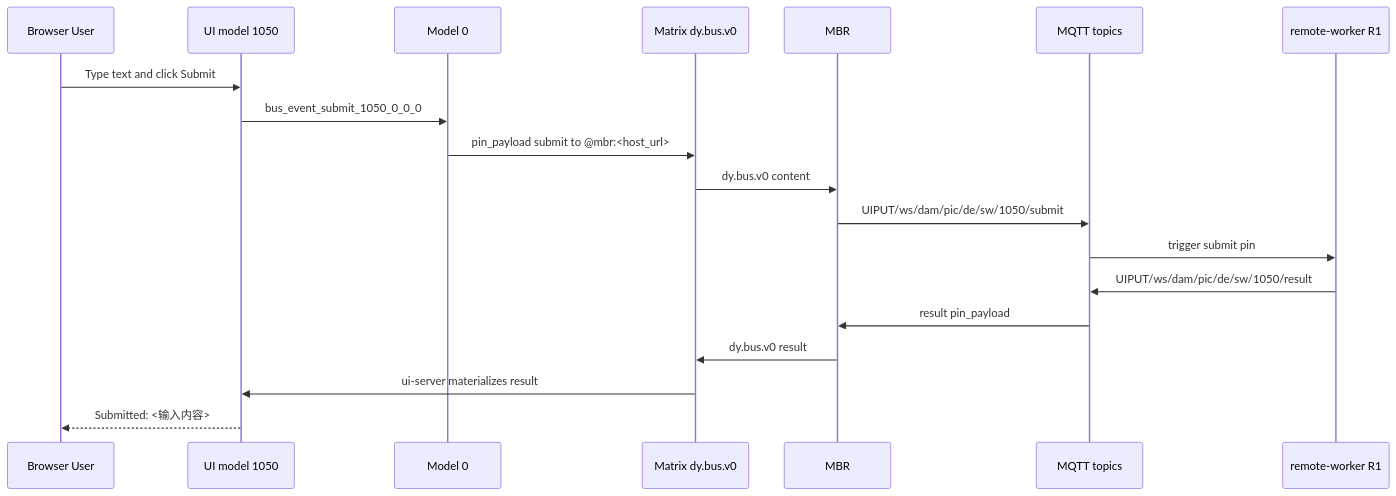
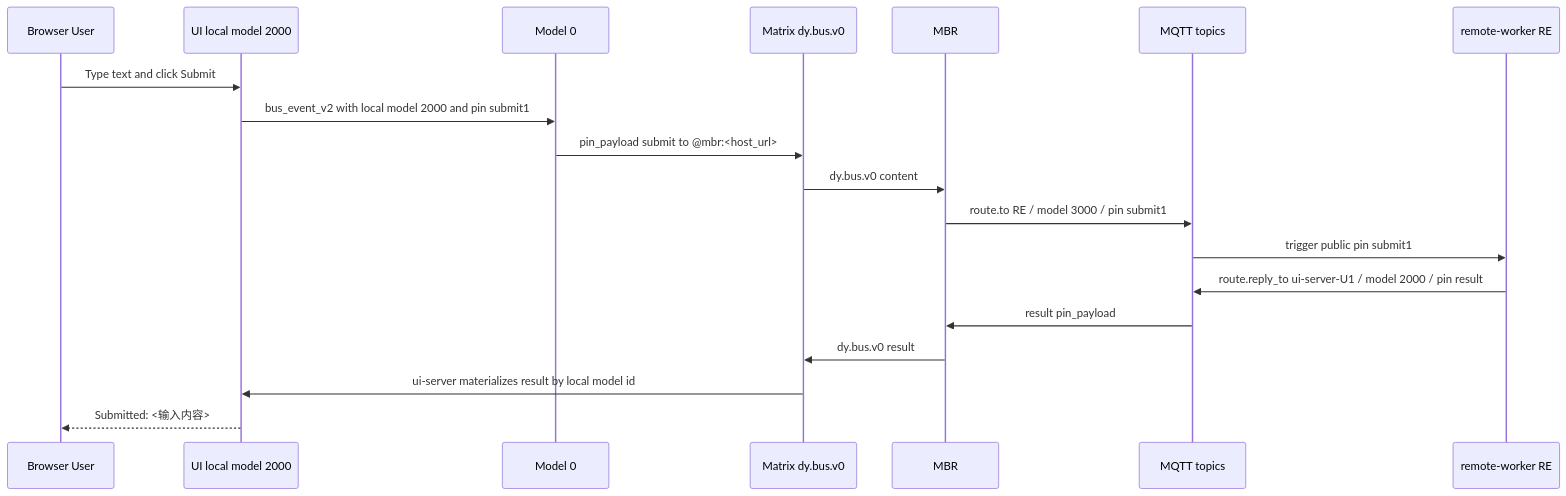
The first of 4 diagrams in docs/user-guide/slide-app-runtime/minimal_submit_app_provider_visualized.md (drooop/dongyu_js_core), drawn with Mermaid before and after one commit. The commit also changed other lines of this file and 68 other files, not shown here.

````diff
--- a/docs/user-guide/slide-app-runtime/minimal_submit_app_provider_visualized.md
+++ b/docs/user-guide/slide-app-runtime/minimal_submit_app_provider_visualized.md
@@ -15,22 +15,22 @@
 ```mermaid
 sequenceDiagram
   participant User as Browser User
-  participant UI as UI model 1050
+  participant UI as UI local model 2000
   participant M0 as Model 0
   participant Matrix as Matrix dy.bus.v0
   participant MBR as MBR
   participant MQTT as MQTT topics
-  participant R1 as remote-worker R1
+  participant R1 as remote-worker RE
 
   User->>UI: Type text and click Submit
-  UI->>M0: bus_event_submit_1050_0_0_0
+  UI->>M0: bus_event_v2 with local model 2000 and pin submit1
   M0->>Matrix: pin_payload submit to @mbr:<host_url>
   Matrix->>MBR: dy.bus.v0 content
-  MBR->>MQTT: UIPUT/ws/dam/pic/de/sw/1050/submit
-  MQTT->>R1: trigger submit pin
-  R1->>MQTT: UIPUT/ws/dam/pic/de/sw/1050/result
+  MBR->>MQTT: route.to RE / model 3000 / pin submit1
+  MQTT->>R1: trigger public pin submit1
+  R1->>MQTT: route.reply_to ui-server-U1 / model 2000 / pin result
   MQTT->>MBR: result pin_payload
   MBR->>Matrix: dy.bus.v0 result
-  Matrix->>UI: ui-server materializes result
+  Matrix->>UI: ui-server materializes result by local model id
   UI-->>User: Submitted: <输入内容>
 ```
````
